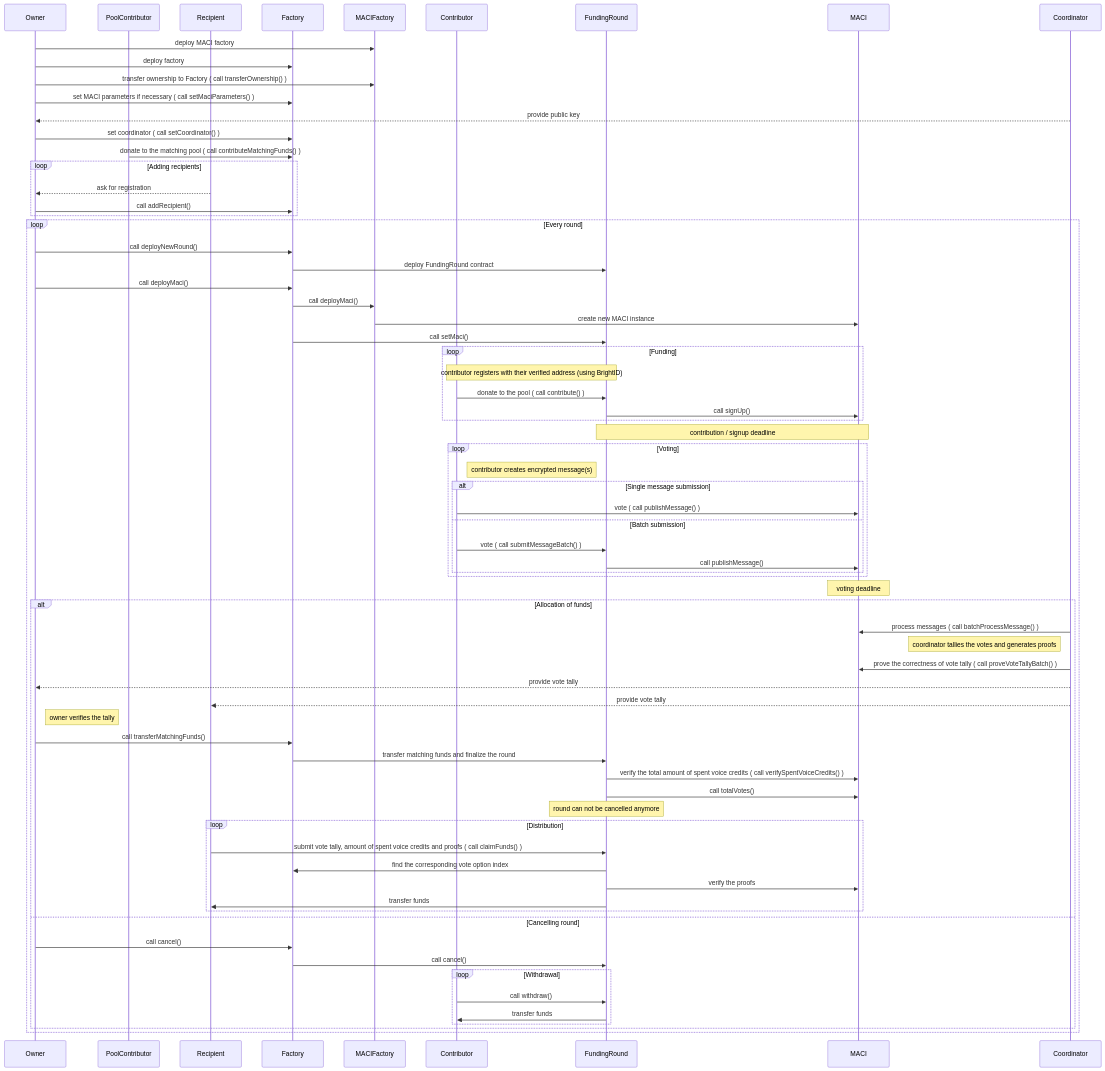
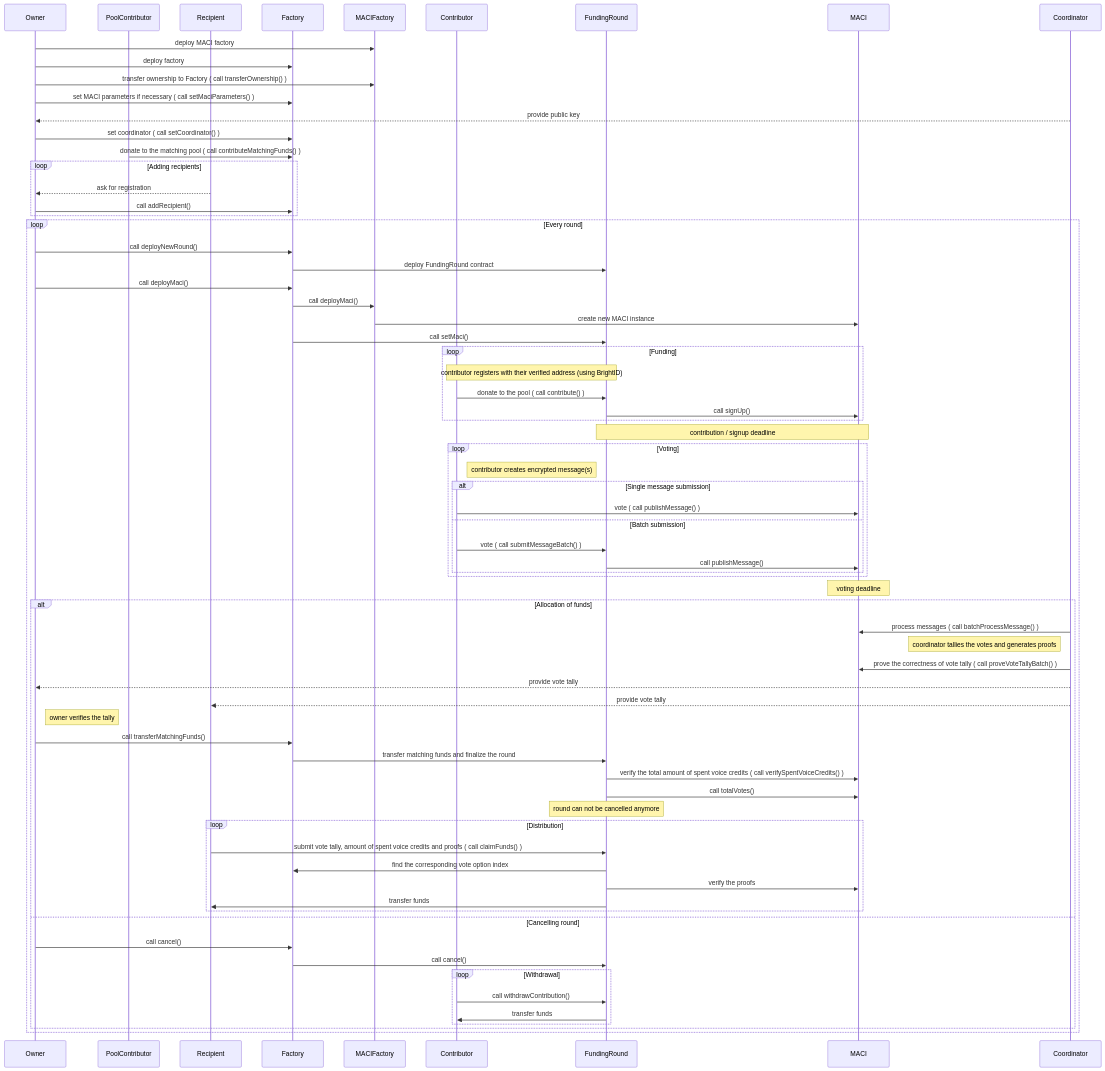
The diagram in docs/clrfund.mmd (goldentechie/clrfund), drawn with Mermaid before and after one commit. The commit also changed 6 other files, not shown here.

```diff
--- a/docs/clrfund.mmd
+++ b/docs/clrfund.mmd
@@ -1,83 +1,83 @@
 %% To render this diagram, paste the code into the live editor https://mermaid-js.github.io/mermaid-live-editor/ or use Mermaid CLI
 
 sequenceDiagram
     participant Owner
     participant PoolContributor
     participant Recipient
     participant Factory
     participant MACIFactory
     participant Contributor
     participant FundingRound
     participant MACI
     participant Coordinator
     
     Owner ->> MACIFactory: deploy MACI factory
     Owner ->> Factory: deploy factory
     Owner ->> MACIFactory: transfer ownership to Factory ( call transferOwnership() )
     Owner ->> Factory: set MACI parameters if necessary ( call setMaciParameters() )
     Coordinator -->> Owner: provide public key
     Owner ->> Factory: set coordinator ( call setCoordinator() )
     PoolContributor ->> Factory: donate to the matching pool ( call contributeMatchingFunds() )
 
     loop Adding recipients
         Recipient -->> Owner: ask for registration
         Owner ->> Factory: call addRecipient()
     end
     
     loop Every round
         Owner ->> Factory: call deployNewRound()
         Factory ->> FundingRound: deploy FundingRound contract
         Owner ->> Factory: call deployMaci()
         Factory ->> MACIFactory: call deployMaci()
         MACIFactory ->> MACI: create new MACI instance
         Factory ->> FundingRound: call setMaci()
         
         loop Funding
             Note over Contributor, FundingRound: contributor registers with their verified address (using BrightID)
             Contributor ->> FundingRound: donate to the pool ( call contribute() )
             FundingRound ->> MACI: call signUp()
         end
         
         Note over FundingRound, MACI: contribution / signup deadline
         
         loop Voting
             Note right of Contributor: contributor creates encrypted message(s)
             alt Single message submission
                 Contributor ->> MACI: vote ( call publishMessage() )
             else Batch submission
                 Contributor ->> FundingRound: vote ( call submitMessageBatch() )
                 FundingRound ->> MACI: call publishMessage()
             end
         end
         
         Note over MACI: voting deadline
 
         alt Allocation of funds
             Coordinator ->> MACI: process messages ( call batchProcessMessage() )
             Note left of Coordinator: coordinator tallies the votes and generates proofs
             Coordinator ->> MACI: prove the correctness of vote tally ( call proveVoteTallyBatch() )
             Coordinator -->> Owner: provide vote tally
             Coordinator -->> Recipient: provide vote tally
             Note right of Owner: owner verifies the tally
             Owner ->> Factory: call transferMatchingFunds()
             Factory ->> FundingRound: transfer matching funds and finalize the round
             FundingRound ->> MACI: verify the total amount of spent voice credits ( call verifySpentVoiceCredits() )
             FundingRound ->> MACI: call totalVotes()
             Note over FundingRound: round can not be cancelled anymore
 
             loop Distribution
                 Recipient ->> FundingRound: submit vote tally, amount of spent voice credits and proofs ( call claimFunds() )
                 FundingRound ->> Factory: find the corresponding vote option index
                 FundingRound ->> MACI: verify the proofs
                 FundingRound ->> Recipient: transfer funds
             end
         else Cancelling round
             Owner ->> Factory: call cancel()
             Factory ->> FundingRound: call cancel()
 
             loop Withdrawal
-                Contributor ->> FundingRound: call withdraw()
+                Contributor ->> FundingRound: call withdrawContribution()
                 FundingRound ->> Contributor: transfer funds
             end
         end
     end
```
